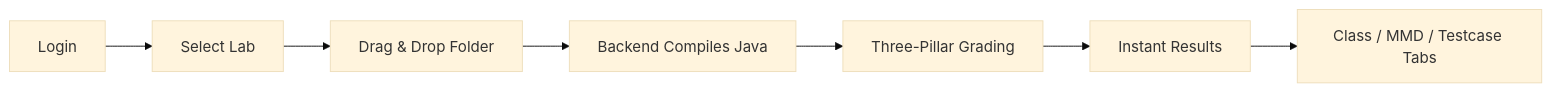
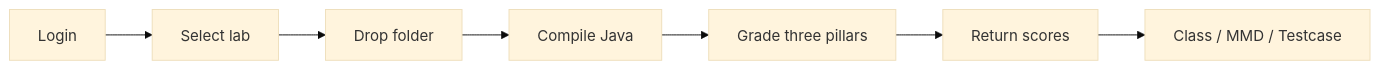
One commit to Project-G5741/OOP-AutoGrader changed the first of 2 diagrams in README.md. Above: the diagram before and after it, drawn with Mermaid (base theme). The commit also changed other lines of this file, not shown here.

````diff
--- a/README.md
+++ b/README.md
@@ -48,9 +54,9 @@
 ```mermaid
 flowchart LR
-    A[Login] --> B[Select Lab]
-    B --> C[Drag & Drop Folder]
-    C --> D[Backend Compiles Java]
-    D --> E[Three-Pillar Grading]
-    E --> F[Instant Results]
-    F --> G[Class / MMD / Testcase Tabs]
+    A[Login] --> B[Select lab]
+    B --> C[Drop folder]
+    C --> D[Compile Java]
+    D --> E[Grade three pillars]
+    E --> F[Return scores]
+    F --> G[Class / MMD / Testcase]
 ```
````
